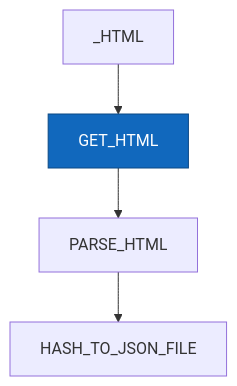
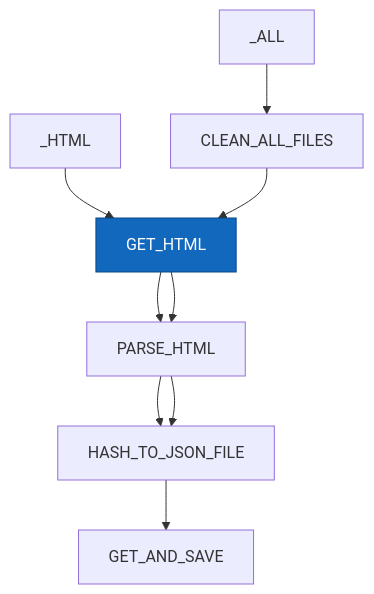
Before and after one commit to ykominami/bookinfor: the first of 2 diagrams in docs/td.md, drawn with Mermaid.

````diff
--- a/docs/td.md
+++ b/docs/td.md
@@ -1,6 +1,7 @@
 ```mermaid
 flowchart TD
   _HTML-->GET_HTML-->PARSE_HTML-->HASH_TO_JSON_FILE;
+  _ALL-->CLEAN_ALL_FILES-->GET_HTML-->PARSE_HTML-->HASH_TO_JSON_FILE-->GET_AND_SAVE;
   classDef Active fill:#1168bd,stroke:#0b4884,color:#ffffff
   class GET_HTML Active
 ```
````
